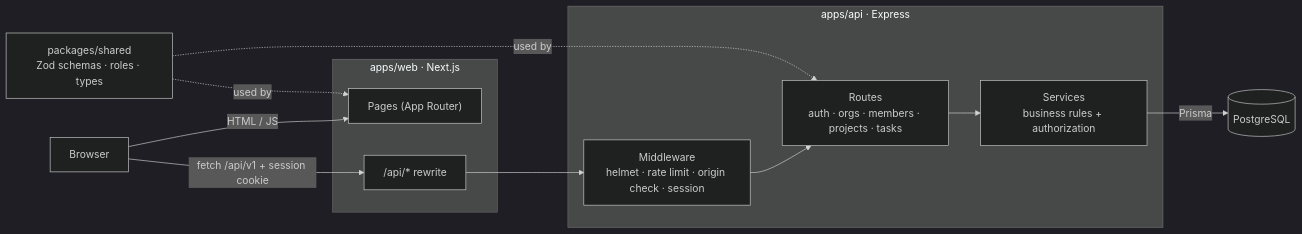
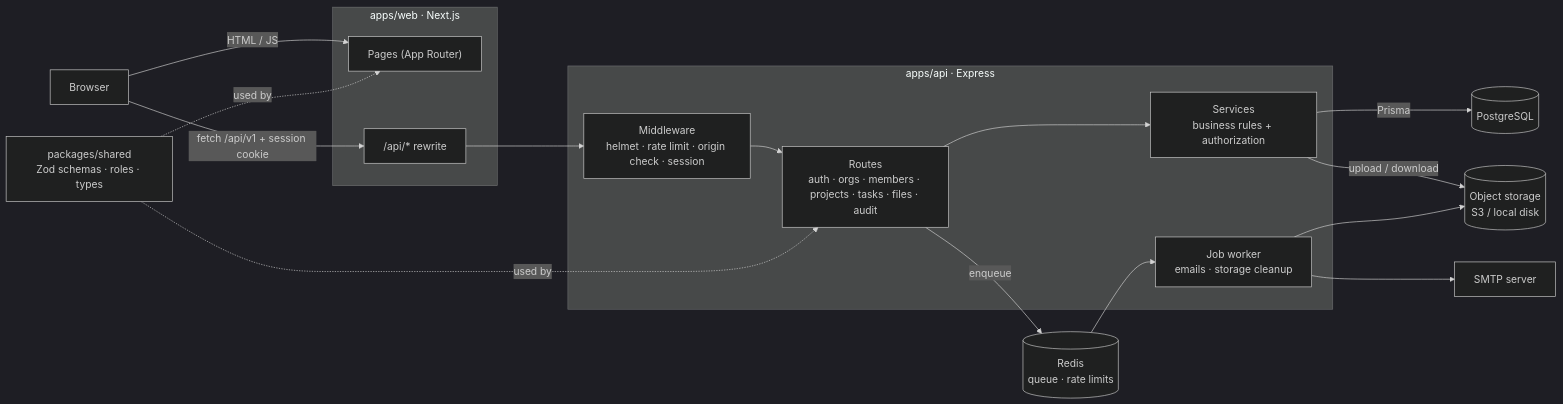
The first of 2 diagrams in docs/architecture.md (AleReyes77/clienthub), drawn with Mermaid (dark theme) before and after one commit. The commit also changed other lines of this file and 7 other files, not shown here.

````diff
--- a/docs/architecture.md
+++ b/docs/architecture.md
@@ -5,21 +5,29 @@
 ```mermaid
 flowchart LR
     Browser["Browser"]
     subgraph Web["apps/web · Next.js"]
         Pages["Pages (App Router)"]
         Proxy["/api/* rewrite"]
     end
     subgraph API["apps/api · Express"]
         MW["Middleware<br/>helmet · rate limit · origin check · session"]
-        Routes["Routes<br/>auth · orgs · members · projects · tasks"]
+        Routes["Routes<br/>auth · orgs · members · projects · tasks · files · audit"]
         Services["Services<br/>business rules + authorization"]
+        Worker["Job worker<br/>emails · storage cleanup"]
     end
     Shared["packages/shared<br/>Zod schemas · roles · types"]
     DB[("PostgreSQL")]
+    Redis[("Redis<br/>queue · rate limits")]
+    Storage[("Object storage<br/>S3 / local disk")]
+    SMTP["SMTP server"]
 
     Browser -->|"HTML / JS"| Pages
     Browser -->|"fetch /api/v1 + session cookie"| Proxy
     Proxy --> MW --> Routes --> Services -->|Prisma| DB
+    Services -->|upload / download| Storage
+    Routes -->|enqueue| Redis --> Worker
+    Worker --> SMTP
+    Worker --> Storage
     Shared -. used by .-> Pages
     Shared -. used by .-> Routes
 ```
````
